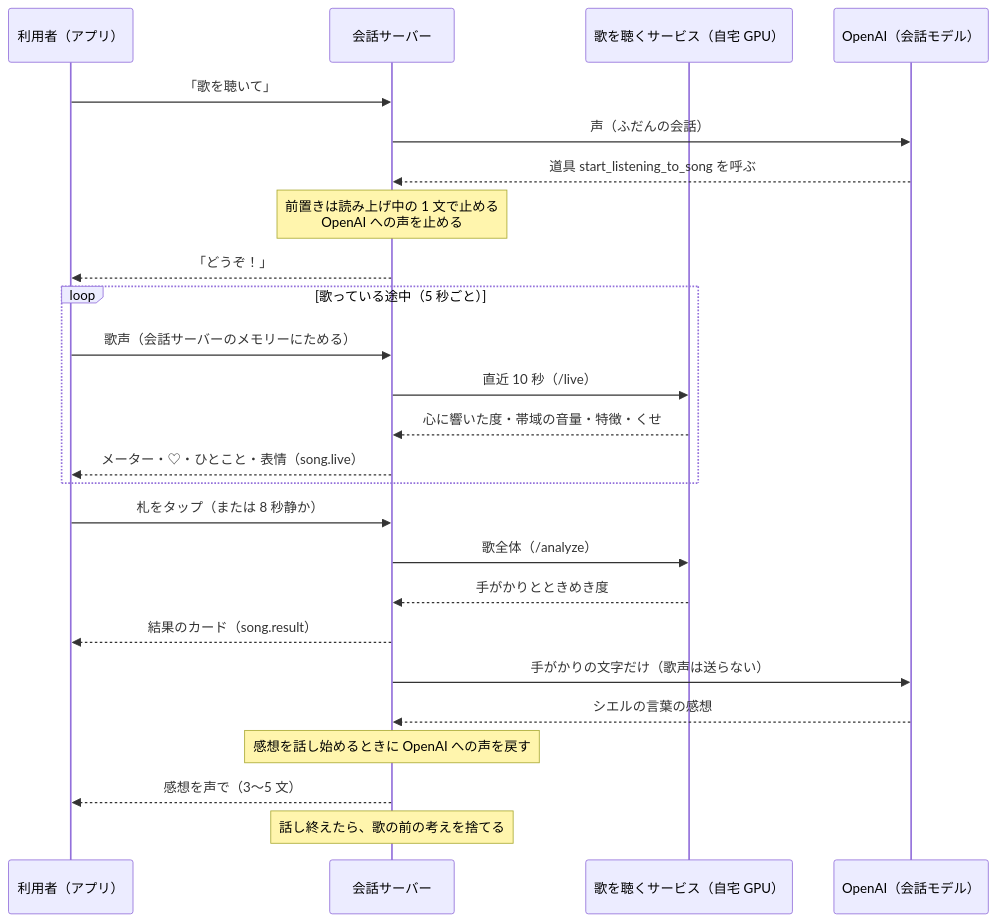
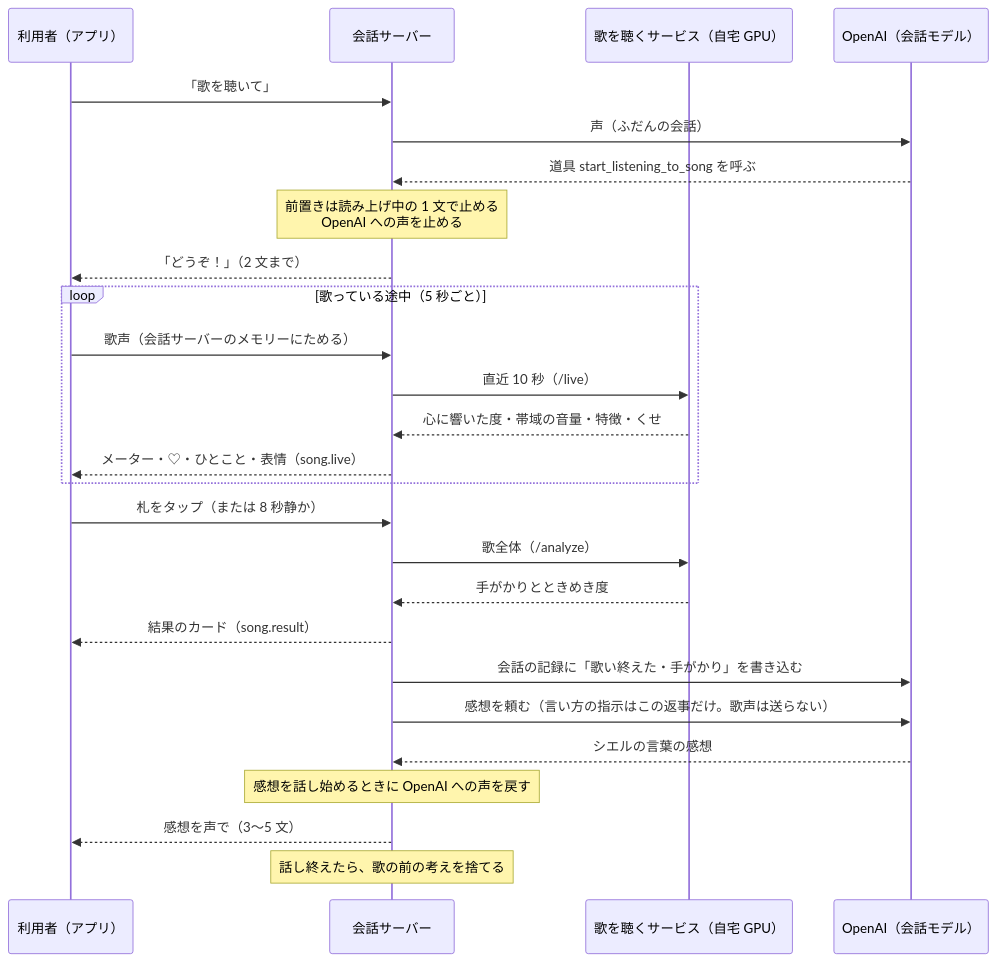
Before and after one commit to magic-sword/ciel-companion: the first of 3 diagrams in docs/singing-scoring-ja.md, drawn with Mermaid. The commit also changed other lines of this file and 8 other files, not shown here.

````diff
--- a/docs/singing-scoring-ja.md
+++ b/docs/singing-scoring-ja.md
@@ -18,27 +18,28 @@
 ```mermaid
 sequenceDiagram
     participant U as 利用者（アプリ）
     participant A as 会話サーバー
     participant S as 歌を聴くサービス（自宅 GPU）
     participant O as OpenAI（会話モデル）
     U->>A: 「歌を聴いて」
     A->>O: 声（ふだんの会話）
     O-->>A: 道具 start_listening_to_song を呼ぶ
     Note over A: 前置きは読み上げ中の 1 文で止める<br/>OpenAI への声を止める
-    A-->>U: 「どうぞ！」
+    A-->>U: 「どうぞ！」（2 文まで）
     loop 歌っている途中（5 秒ごと）
         U->>A: 歌声（会話サーバーのメモリーにためる）
         A->>S: 直近 10 秒（/live）
         S-->>A: 心に響いた度・帯域の音量・特徴・くせ
         A-->>U: メーター・♡・ひとこと・表情（song.live）
     end
     U->>A: 札をタップ（または 8 秒静か）
     A->>S: 歌全体（/analyze）
     S-->>A: 手がかりとときめき度
     A-->>U: 結果のカード（song.result）
-    A->>O: 手がかりの文字だけ（歌声は送らない）
+    A->>O: 会話の記録に「歌い終えた・手がかり」を書き込む
+    A->>O: 感想を頼む（言い方の指示はこの返事だけ。歌声は送らない）
     O-->>A: シエルの言葉の感想
     Note over A: 感想を話し始めるときに OpenAI への声を戻す
     A-->>U: 感想を声で（3〜5 文）
     Note over A: 話し終えたら、歌の前の考えを捨てる
 ```
````
